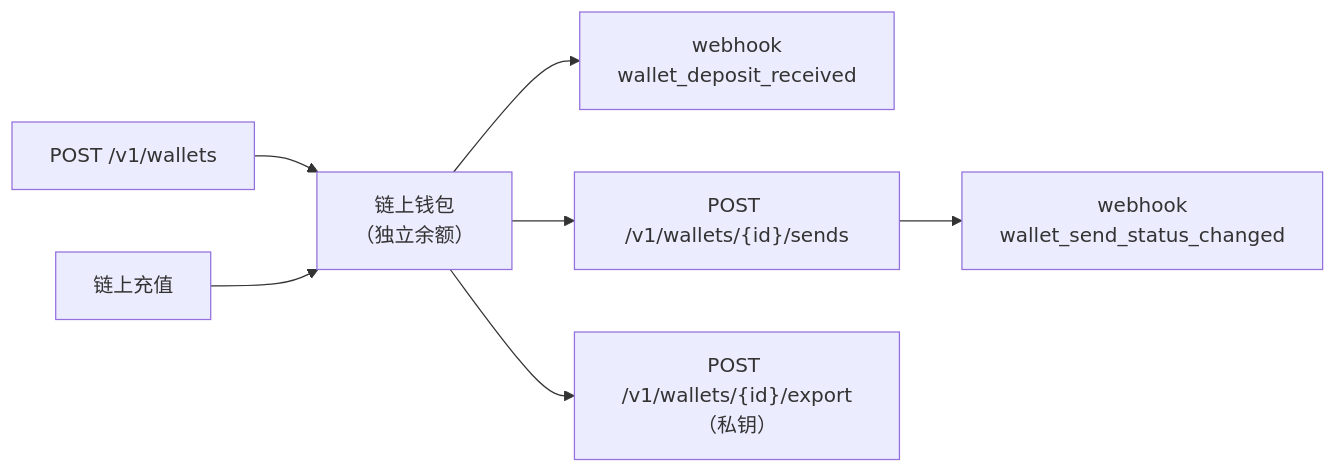
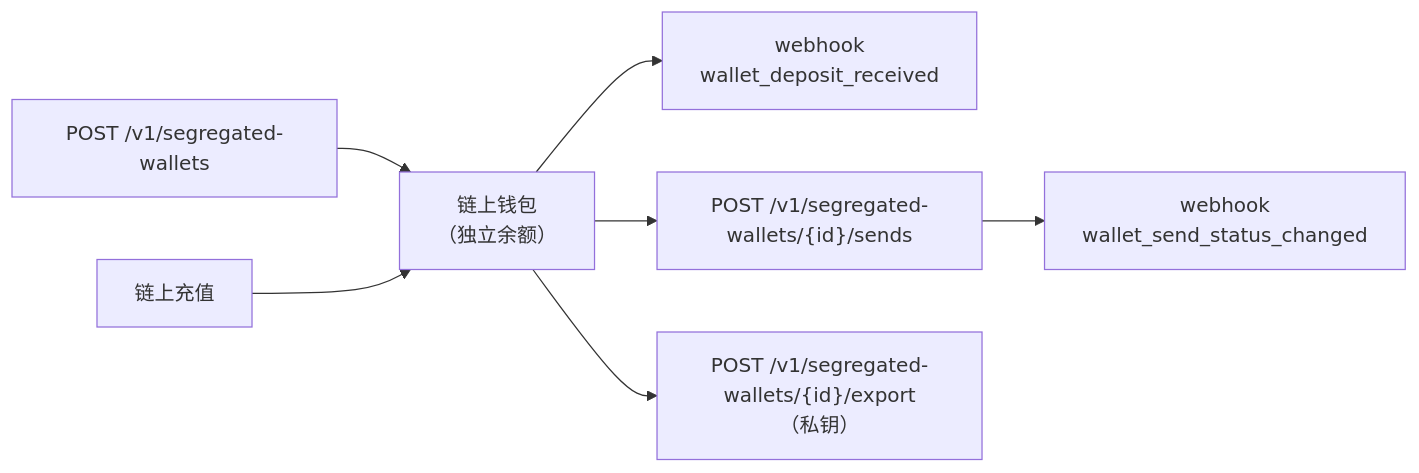
One commit to SaturoS17/docs changed the diagram in zh/guides/segregated-wallets.mdx. Above: the diagram before and after it, drawn with Mermaid. The commit also changed other lines of this file and 22 other files, not shown here.

Commit message:
docs: segregated wallets move to /v1/segregated-wallets (breaking, v1.60) + type discriminators

````diff
--- a/zh/guides/segregated-wallets.mdx
+++ b/zh/guides/segregated-wallets.mdx
@@ -27,9 +33,9 @@
 ```mermaid
 flowchart LR
-    create["POST /v1/wallets"] --> wallet["链上钱包<br/>（独立余额）"]
+    create["POST /v1/segregated-wallets"] --> wallet["链上钱包<br/>（独立余额）"]
     deposit["链上充值"] --> wallet
     wallet --> whIn["webhook<br/>wallet_deposit_received"]
-    wallet --> send["POST /v1/wallets/{id}/sends"]
+    wallet --> send["POST /v1/segregated-wallets/{id}/sends"]
     send --> whOut["webhook<br/>wallet_send_status_changed"]
-    wallet --> export["POST /v1/wallets/{id}/export<br/>（私钥）"]
+    wallet --> export["POST /v1/segregated-wallets/{id}/export<br/>（私钥）"]
 ```
````
